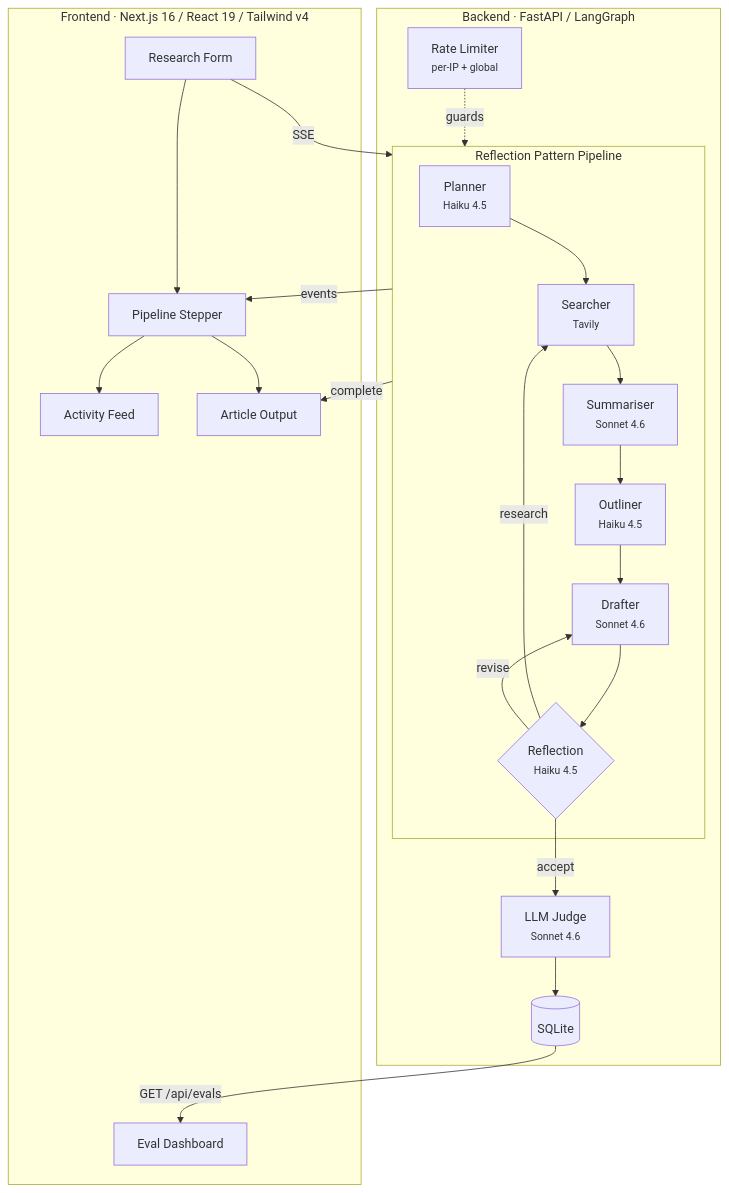
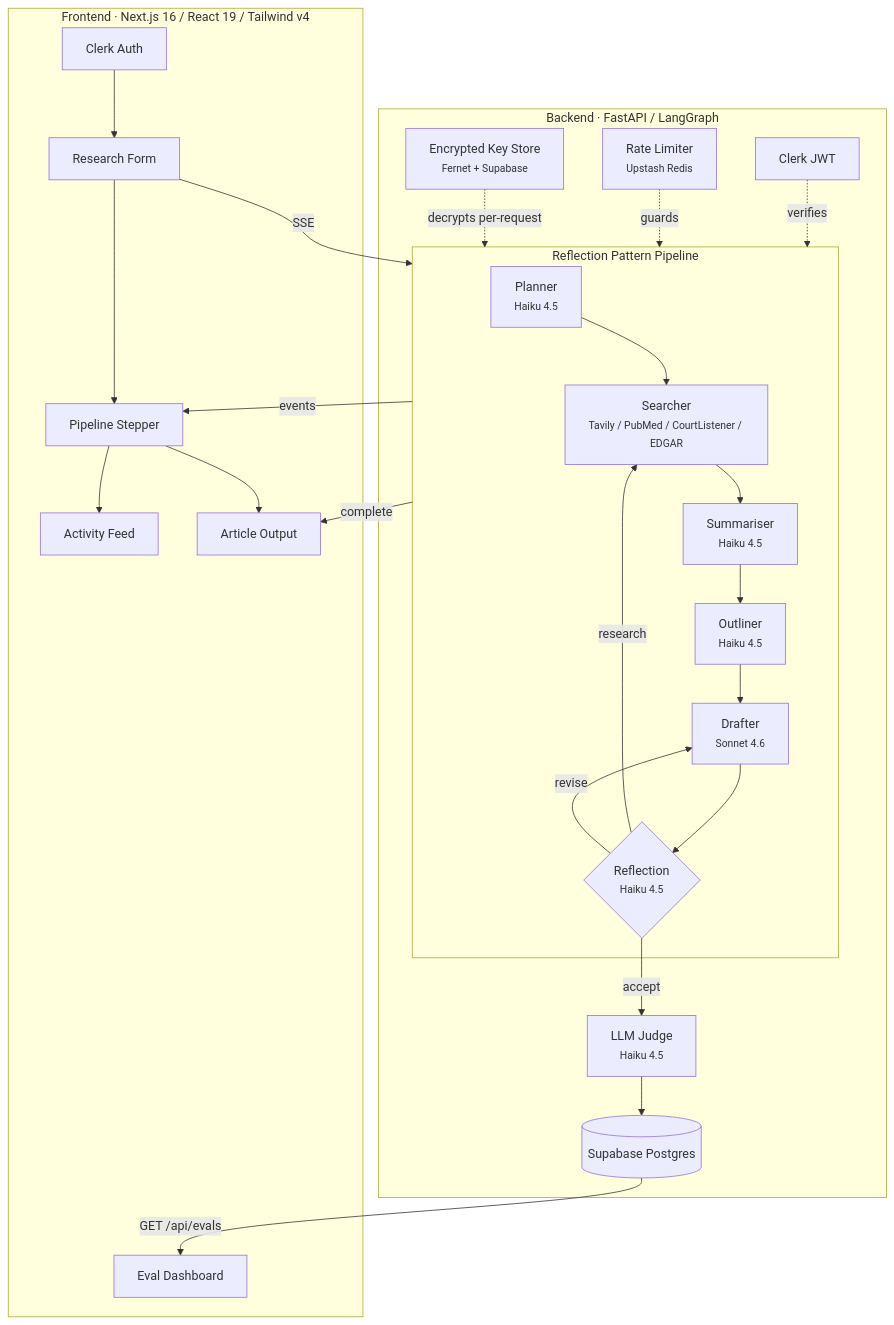
Before and after one commit to valyndsilva/lumen: the first of 8 diagrams in README.md, drawn with Mermaid. The commit also changed other lines of this file, not shown here.

First line of the commit message:
Update README for auth changes, module refactor, and env var additions

````diff
--- a/README.md
+++ b/README.md
@@ -13,30 +10,32 @@
 ```mermaid
 graph TB
     subgraph Frontend["Frontend · Next.js 16 / React 19 / Tailwind v4"]
-        RF[Research Form] --> TP[Pipeline Stepper]
+        CL[Clerk Auth] --> RF[Research Form]
+        RF --> TP[Pipeline Stepper]
         TP --> AF[Activity Feed]
         TP --> DO[Article Output]
         ED[Eval Dashboard]
     end
 
     subgraph Backend["Backend · FastAPI / LangGraph"]
         subgraph Pipeline["Reflection Pattern Pipeline"]
-            P[Planner<br/><small>Haiku 4.5</small>] --> S[Searcher<br/><small>Tavily</small>]
-            S --> SM[Summariser<br/><small>Sonnet 4.6</small>]
+            P[Planner<br/><small>Haiku 4.5</small>] --> S[Searcher<br/><small>Tavily / PubMed / CourtListener / EDGAR</small>]
+            S --> SM[Summariser<br/><small>Haiku 4.5</small>]
             SM --> OL[Outliner<br/><small>Haiku 4.5</small>]
             OL --> D[Drafter<br/><small>Sonnet 4.6</small>]
             D --> R{Reflection<br/><small>Haiku 4.5</small>}
             R -->|research| S
             R -->|revise| D
         end
-        RL[Rate Limiter<br/><small>per-IP + global</small>]
-        R -->|accept| J[LLM Judge<br/><small>Sonnet 4.6</small>]
-        J --> DB[(SQLite)]
+        AUTH[Clerk JWT] -.->|verifies| Pipeline
+        RL[Rate Limiter<br/><small>Upstash Redis</small>] -.->|guards| Pipeline
+        R -->|accept| J[LLM Judge<br/><small>Haiku 4.5</small>]
+        J --> DB[(Supabase Postgres)]
+        KEYS[Encrypted Key Store<br/><small>Fernet + Supabase</small>] -.->|decrypts per-request| Pipeline
     end
 
     RF -->|SSE| Pipeline
     Pipeline -->|events| TP
     Pipeline -->|complete| DO
     DB -->|GET /api/evals| ED
-    RL -.->|guards| Pipeline
 ```
````
